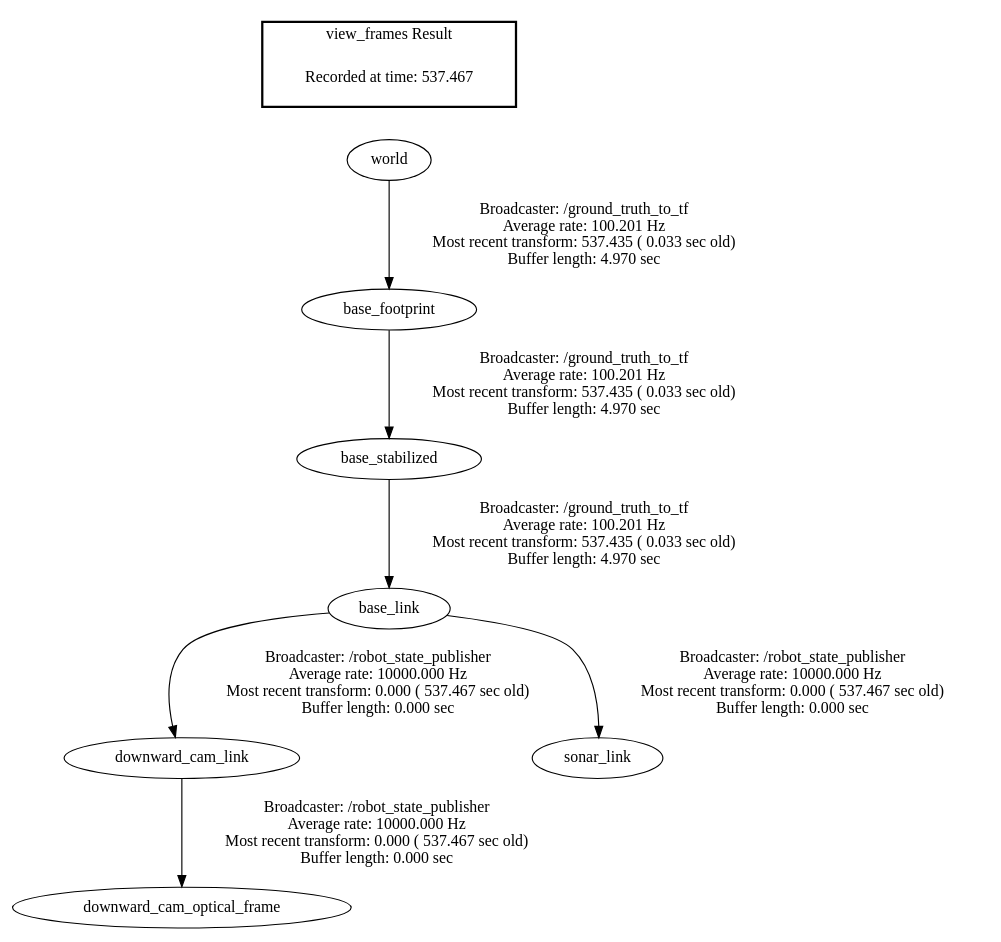
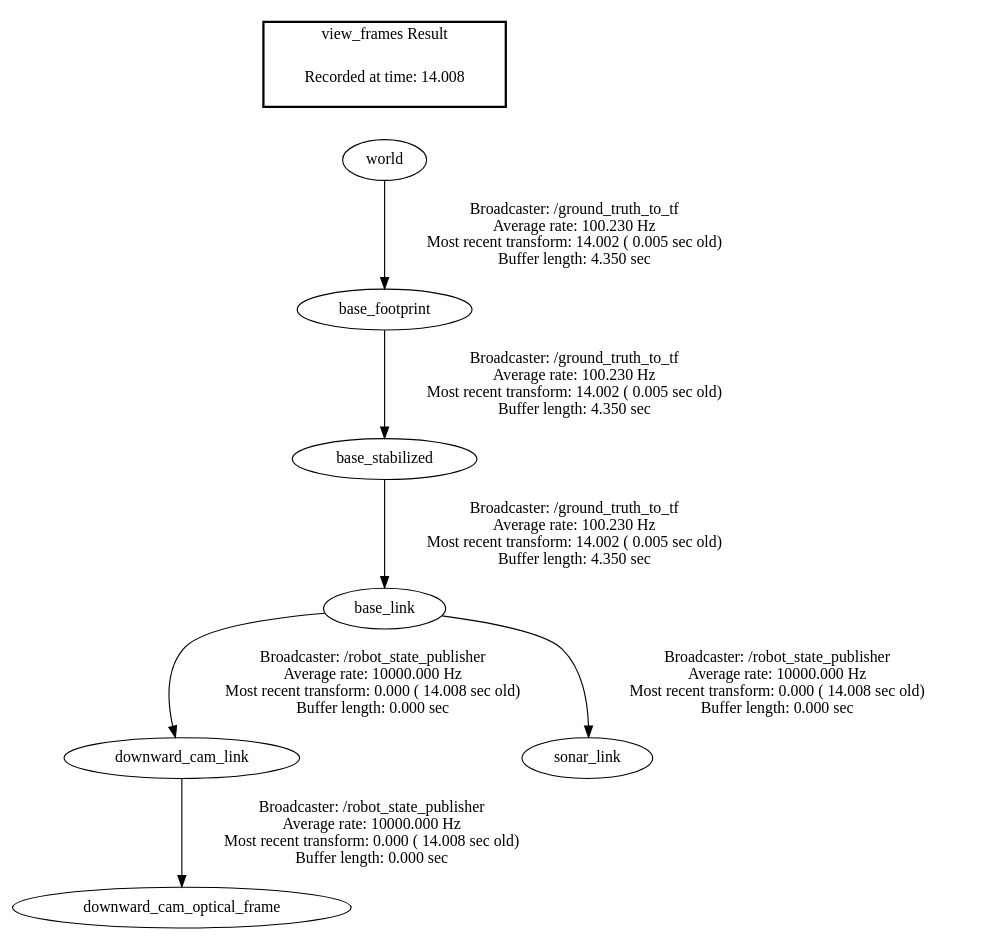
Before and after one commit to suveergarg/uav_landing: the diagram in frames.gv, drawn with Graphviz. The commit also changed 2 other files, not shown here.

```diff
--- a/frames.gv
+++ b/frames.gv
@@ -1,12 +1,12 @@
 digraph G {
-"base_link" -> "downward_cam_link"[label="Broadcaster: /robot_state_publisher\nAverage rate: 10000.000 Hz\nMost recent transform: 0.000 ( 537.467 sec old)\nBuffer length: 0.000 sec\n"];
-"base_stabilized" -> "base_link"[label="Broadcaster: /ground_truth_to_tf\nAverage rate: 100.201 Hz\nMost recent transform: 537.435 ( 0.033 sec old)\nBuffer length: 4.970 sec\n"];
-"downward_cam_link" -> "downward_cam_optical_frame"[label="Broadcaster: /robot_state_publisher\nAverage rate: 10000.000 Hz\nMost recent transform: 0.000 ( 537.467 sec old)\nBuffer length: 0.000 sec\n"];
-"base_link" -> "sonar_link"[label="Broadcaster: /robot_state_publisher\nAverage rate: 10000.000 Hz\nMost recent transform: 0.000 ( 537.467 sec old)\nBuffer length: 0.000 sec\n"];
-"world" -> "base_footprint"[label="Broadcaster: /ground_truth_to_tf\nAverage rate: 100.201 Hz\nMost recent transform: 537.435 ( 0.033 sec old)\nBuffer length: 4.970 sec\n"];
-"base_footprint" -> "base_stabilized"[label="Broadcaster: /ground_truth_to_tf\nAverage rate: 100.201 Hz\nMost recent transform: 537.435 ( 0.033 sec old)\nBuffer length: 4.970 sec\n"];
+"world" -> "base_footprint"[label="Broadcaster: /ground_truth_to_tf\nAverage rate: 100.230 Hz\nMost recent transform: 14.002 ( 0.005 sec old)\nBuffer length: 4.350 sec\n"];
+"base_footprint" -> "base_stabilized"[label="Broadcaster: /ground_truth_to_tf\nAverage rate: 100.230 Hz\nMost recent transform: 14.002 ( 0.005 sec old)\nBuffer length: 4.350 sec\n"];
+"base_stabilized" -> "base_link"[label="Broadcaster: /ground_truth_to_tf\nAverage rate: 100.230 Hz\nMost recent transform: 14.002 ( 0.005 sec old)\nBuffer length: 4.350 sec\n"];
+"base_link" -> "downward_cam_link"[label="Broadcaster: /robot_state_publisher\nAverage rate: 10000.000 Hz\nMost recent transform: 0.000 ( 14.008 sec old)\nBuffer length: 0.000 sec\n"];
+"downward_cam_link" -> "downward_cam_optical_frame"[label="Broadcaster: /robot_state_publisher\nAverage rate: 10000.000 Hz\nMost recent transform: 0.000 ( 14.008 sec old)\nBuffer length: 0.000 sec\n"];
+"base_link" -> "sonar_link"[label="Broadcaster: /robot_state_publisher\nAverage rate: 10000.000 Hz\nMost recent transform: 0.000 ( 14.008 sec old)\nBuffer length: 0.000 sec\n"];
 edge [style=invis];
  subgraph cluster_legend { style=bold; color=black; label ="view_frames Result";
-"Recorded at time: 537.467"[ shape=plaintext ] ;
+"Recorded at time: 14.008"[ shape=plaintext ] ;
  }->"world";
 }
```
